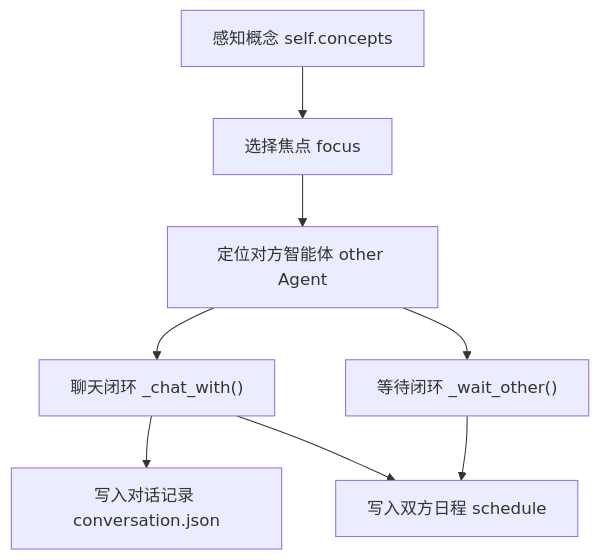
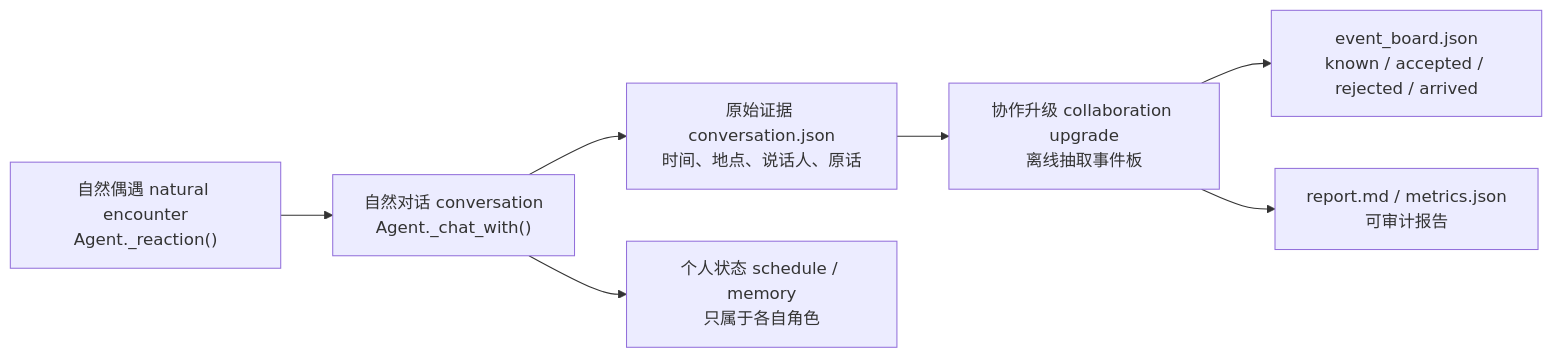
One commit to tbkken/GenerativeAgentsCN changed the second of 10 diagrams in docs/book/manuscript/part_05/chapter_35.md. Above: the diagram before and after it, drawn with Mermaid. The commit also changed other lines of this file and 342 other files, not shown here.

````diff
--- a/docs/book/manuscript/part_05/chapter_35.md
+++ b/docs/book/manuscript/part_05/chapter_35.md
@@ -59,10 +65,9 @@
 ```mermaid
-flowchart TD
-    C["感知概念 self.concepts"] --> F["选择焦点 focus"]
-    F --> O["定位对方智能体 other Agent"]
-    O --> Chat["聊天闭环 _chat_with()"]
-    O --> Wait["等待闭环 _wait_other()"]
-    Chat --> Conv["写入对话记录 conversation.json"]
-    Chat --> Sched["写入双方日程 schedule"]
-    Wait --> Sched
+flowchart LR
+    A["自然偶遇 natural encounter<br/>Agent._reaction()"] --> B["自然对话 conversation<br/>Agent._chat_with()"]
+    B --> C["原始证据 conversation.json<br/>时间、地点、说话人、原话"]
+    B --> D["个人状态 schedule / memory<br/>只属于各自角色"]
+    C --> E["协作升级 collaboration upgrade<br/>离线抽取事件板"]
+    E --> F["event_board.json<br/>known / accepted / rejected / arrived"]
+    E --> G["report.md / metrics.json<br/>可审计报告"]
 ```
````
